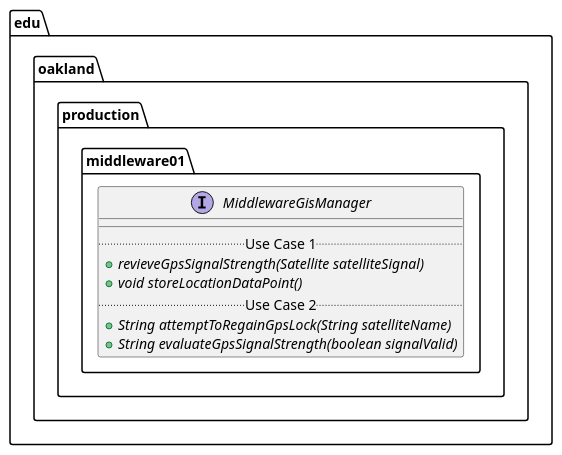
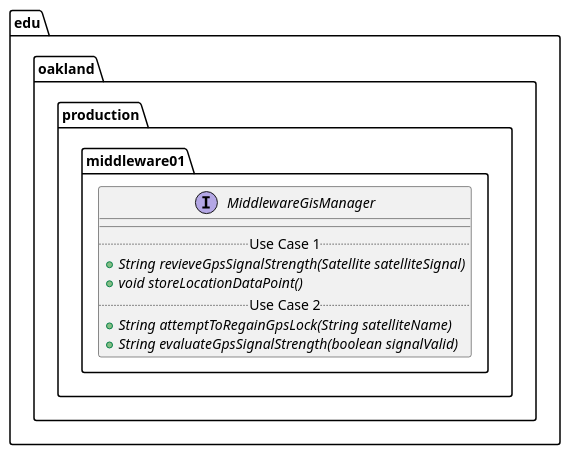
One commit to elilley15/csi-3370-software-project changed the diagram in docs/uml-class-diagrams/middleware01/production/MiddlewareGisManager/MiddlewareGisManager.puml. Above: the diagram before and after it, drawn with PlantUML. The commit also changed 21 other files, not shown here.

```diff
--- a/docs/uml-class-diagrams/middleware01/production/MiddlewareGisManager/MiddlewareGisManager.puml
+++ b/docs/uml-class-diagrams/middleware01/production/MiddlewareGisManager/MiddlewareGisManager.puml
@@ -1,19 +1,19 @@
 @startuml MiddlewareGisManager
 
 package edu.oakland.production.middleware01 {
     interface MiddlewareGisManager {
         __
         .. Use Case 1 ..
-        {abstract} + revieveGpsSignalStrength(Satellite satelliteSignal)
+        {abstract} + String revieveGpsSignalStrength(Satellite satelliteSignal)
         ' Middleware 2 is running evalutaiton concurrently?
         {abstract} + void storeLocationDataPoint()
         ' Called by Middleware 2 in between the 2 "yes" branches
         .. Use Case 2 ..
         {abstract} + String attemptToRegainGpsLock(String satelliteName)
         {abstract} + String evaluateGpsSignalStrength(boolean signalValid)
         ' Can we print from evaluate? If not, need a way to surface mode
         ' Get mode methods
     }
 }
 
 @enduml
```
